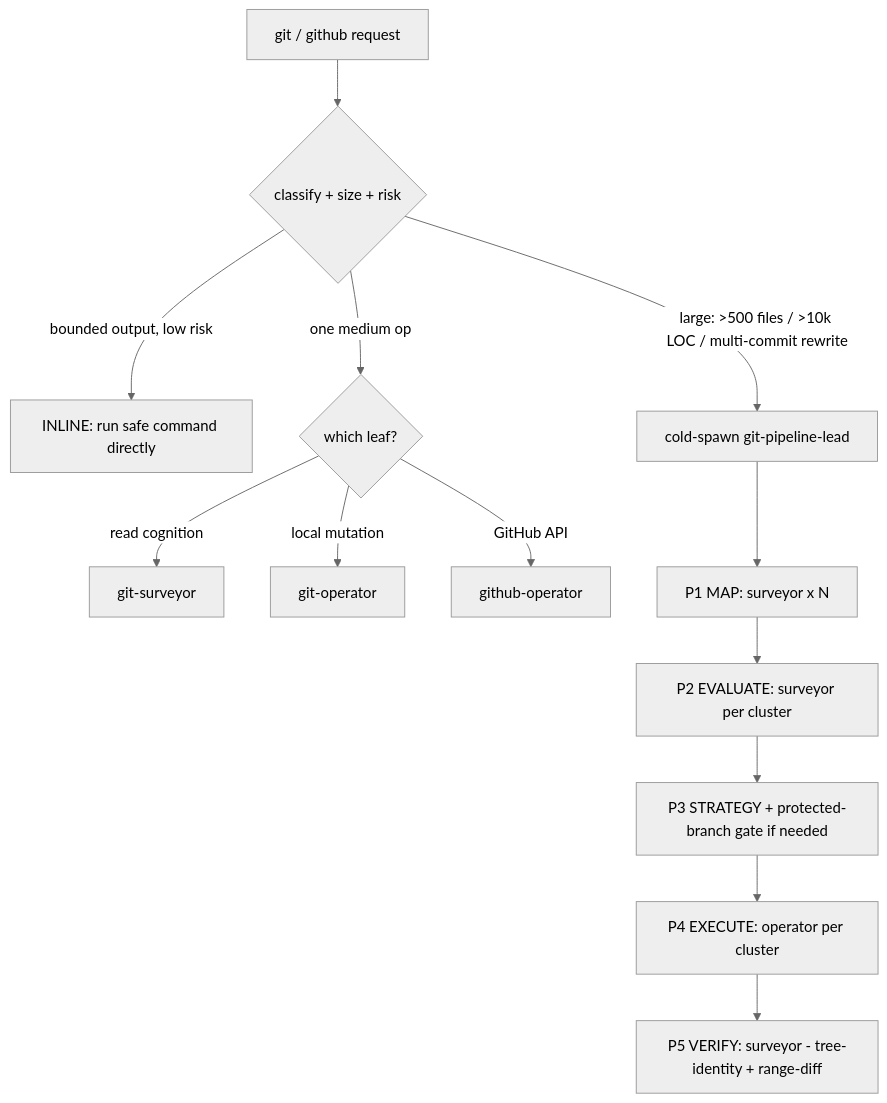
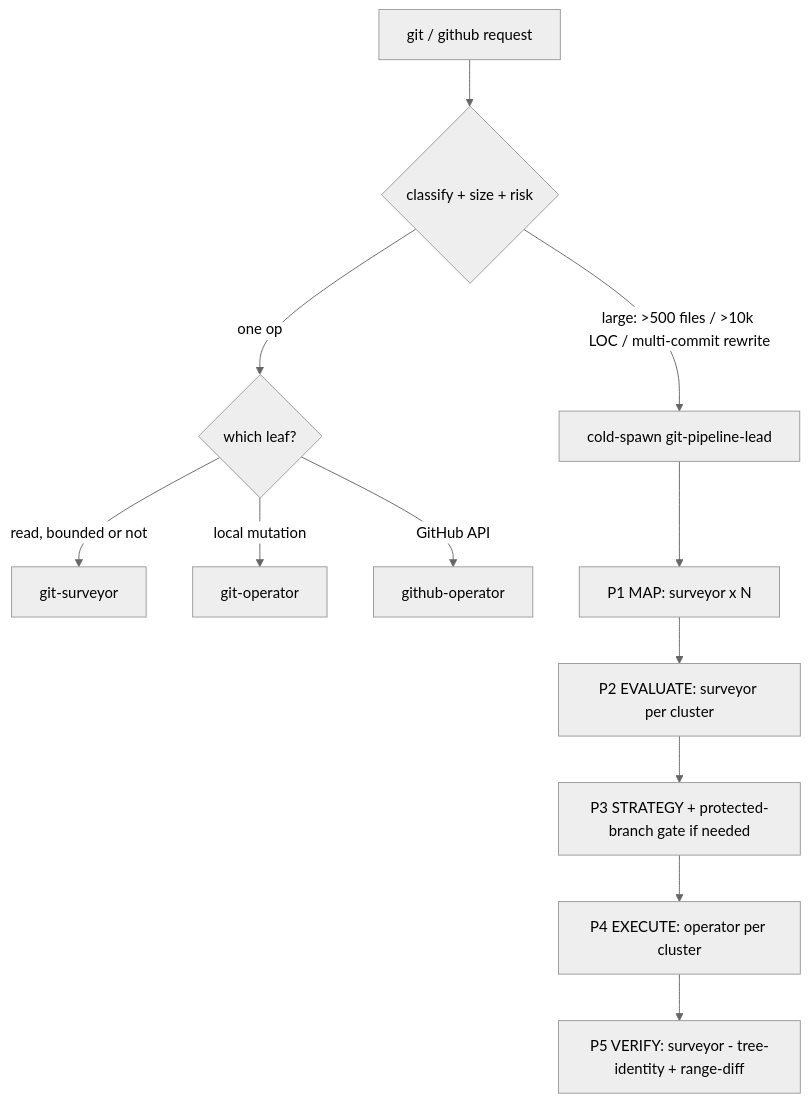
Before and after one commit to Viindoo/odoo-mcp-client: the first of 4 diagrams in plugins/git-toolkit/docs/architecture.md, drawn with Mermaid (neutral theme). The commit also changed other lines of this file and 17 other files, not shown here.

````diff
--- a/plugins/git-toolkit/docs/architecture.md
+++ b/plugins/git-toolkit/docs/architecture.md
@@ -29,17 +36,16 @@
 ```mermaid
 flowchart TD
     U[git / github request] --> C{classify + size + risk}
-    C -->|bounded output, low risk| INLINE[INLINE: run safe command directly]
-    C -->|one medium op| SD{which leaf?}
+    C -->|one op| SD{which leaf?}
     C -->|large: >500 files / >10k LOC / multi-commit rewrite| PL[cold-spawn git-pipeline-lead]
 
-    SD -->|read cognition| SV[git-surveyor]
+    SD -->|read, bounded or not| SV[git-surveyor]
     SD -->|local mutation| OP[git-operator]
     SD -->|GitHub API| GH[github-operator]
 
     PL --> P1[P1 MAP: surveyor x N]
     P1 --> P2[P2 EVALUATE: surveyor per cluster]
     P2 --> P3[P3 STRATEGY + protected-branch gate if needed]
     P3 --> P4[P4 EXECUTE: operator per cluster]
     P4 --> P5[P5 VERIFY: surveyor - tree-identity + range-diff]
 ```
````
